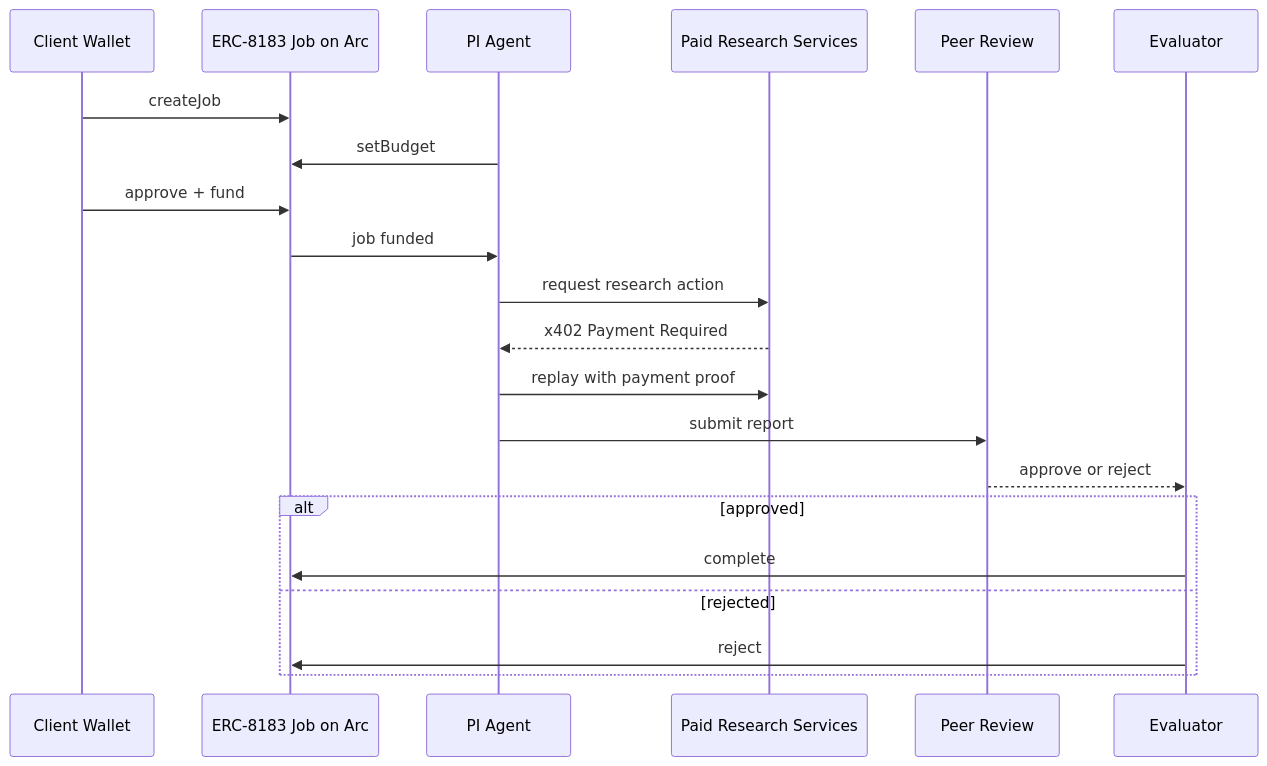
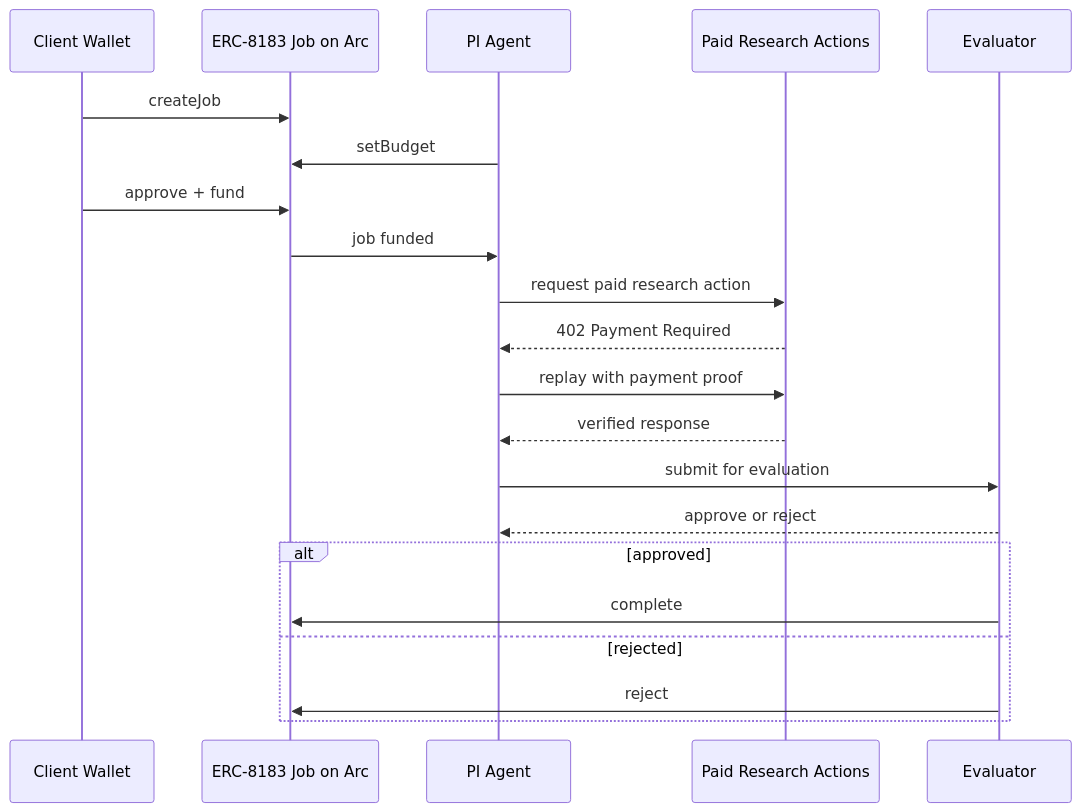
The diagram in README.md (dlkakbs/biomed-research-engine), drawn with Mermaid before and after one commit. The commit also changed other lines of this file, not shown here.

Commit message:
docs: simplify README sequence diagram

````diff
--- a/README.md
+++ b/README.md
@@ -179,27 +179,27 @@
 ```mermaid
 sequenceDiagram
     participant U as Client Wallet
     participant J as ERC-8183 Job on Arc
     participant P as PI Agent
-    participant S as Paid Research Services
-    participant R as Peer Review
-    participant F as Evaluator
+    participant S as Paid Research Actions
+    participant E as Evaluator
 
     U->>J: createJob
     P->>J: setBudget
     U->>J: approve + fund
 
     J->>P: job funded
-    P->>S: request research action
-    S-->>P: x402 Payment Required
+    P->>S: request paid research action
+    S-->>P: 402 Payment Required
     P->>S: replay with payment proof
+    S-->>P: verified response
 
-    P->>R: submit report
-    R-->>F: approve or reject
+    P->>E: submit for evaluation
+    E-->>P: approve or reject
 
     alt approved
-        F->>J: complete
+        E->>J: complete
     else rejected
-        F->>J: reject
+        E->>J: reject
     end
 ```
````
